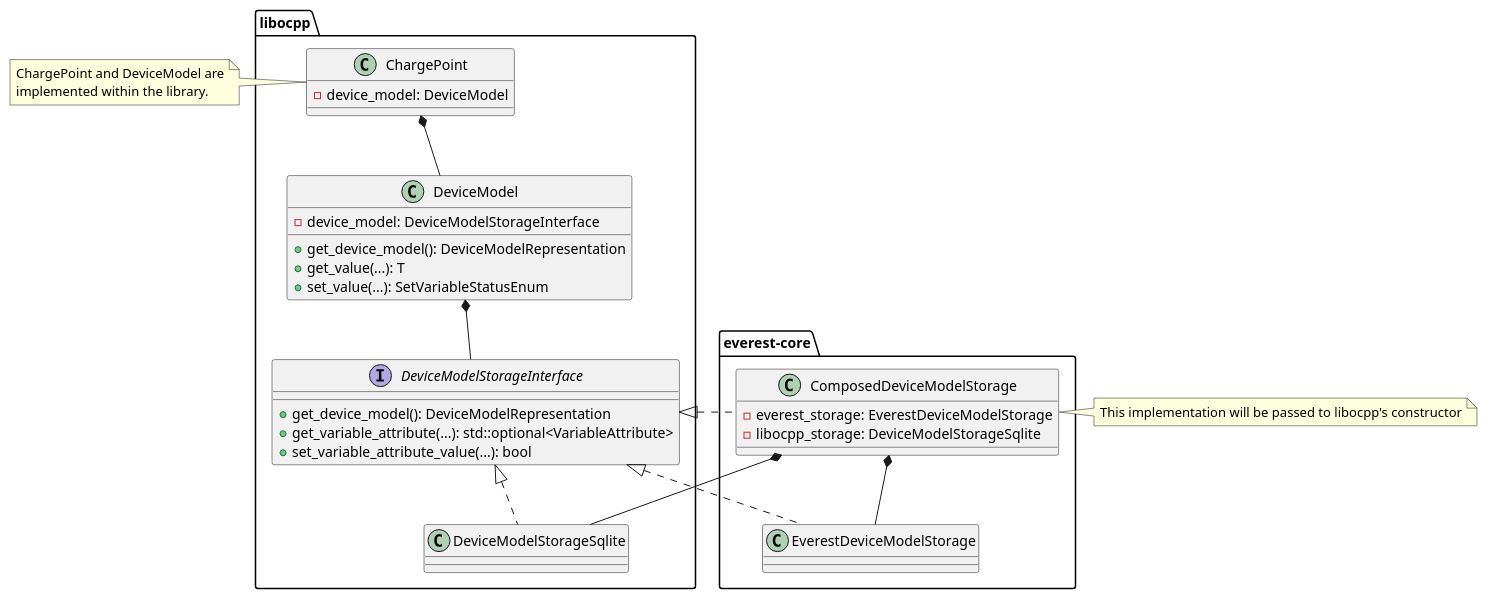
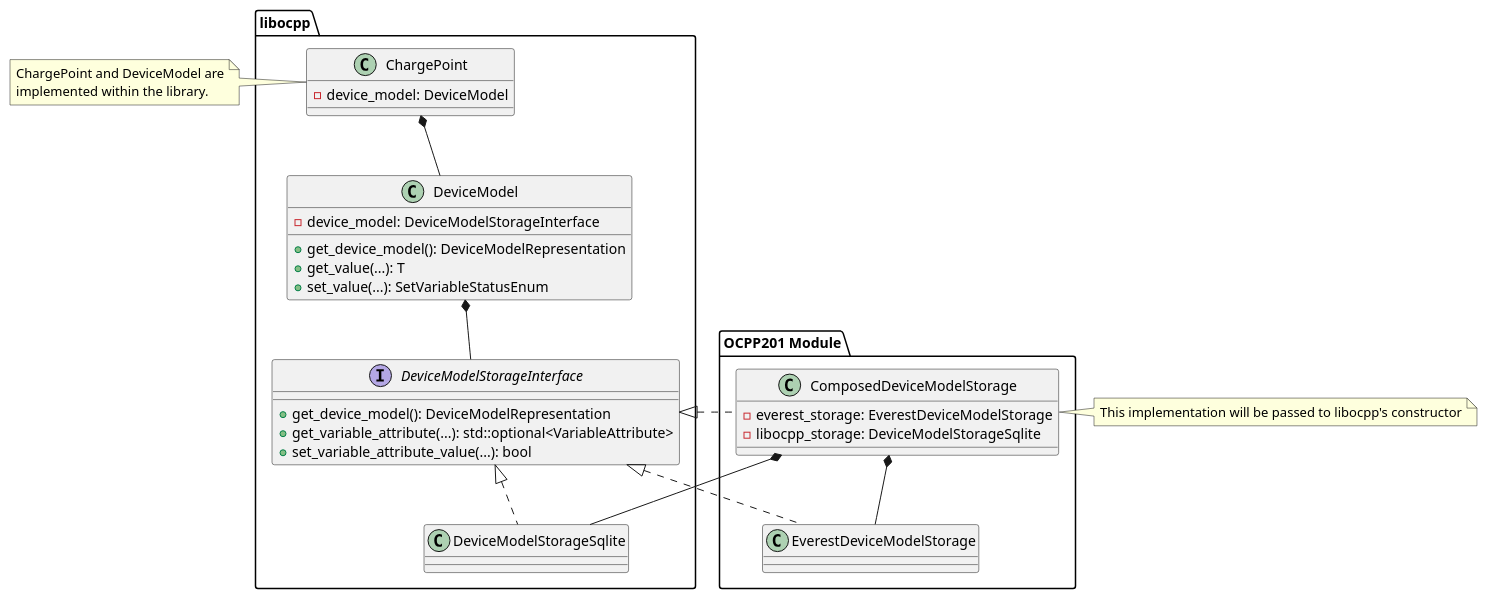
The diagram in everest-core/modules/EVSE/OCPP201/docs/images/device_model_class_diagram.puml (seohyun-k/EVIDS-ing), drawn with PlantUML before and after one commit. The commit also changed 6304 other files, not shown here.

Commit message:
Reset everest-core to clean official version

```diff
--- a/everest-core/modules/EVSE/OCPP201/docs/images/device_model_class_diagram.puml
+++ b/everest-core/modules/EVSE/OCPP201/docs/images/device_model_class_diagram.puml
@@ -1,49 +1,49 @@
 @startuml
 
 package libocpp {
 
 class ChargePoint {
   - device_model: DeviceModel
 }
 
 class DeviceModel {
   - device_model: DeviceModelStorageInterface
   + get_device_model(): DeviceModelRepresentation
   + get_value(...): T
   + set_value(...): SetVariableStatusEnum
 }
 
 interface DeviceModelStorageInterface {
   + get_device_model(): DeviceModelRepresentation
   + get_variable_attribute(...): std::optional<VariableAttribute>
   + set_variable_attribute_value(...): bool
 }
 
 class DeviceModelStorageSqlite implements DeviceModelStorageInterface
 
 }
 
-package everest-core {
+package "OCPP201 Module" {
 
 class EverestDeviceModelStorage implements libocpp.DeviceModelStorageInterface
 class ComposedDeviceModelStorage implements libocpp.DeviceModelStorageInterface {
     - everest_storage: EverestDeviceModelStorage
     - libocpp_storage: DeviceModelStorageSqlite
 }
 }
 
 note left of ChargePoint
   ChargePoint and DeviceModel are
   implemented within the library.
 end note
 
 note right of ComposedDeviceModelStorage
     This implementation will be passed to libocpp's constructor
 end note
 
 ChargePoint *-- DeviceModel
 DeviceModel *-- DeviceModelStorageInterface
 ComposedDeviceModelStorage *-- EverestDeviceModelStorage
 ComposedDeviceModelStorage *-- DeviceModelStorageSqlite
 
 @enduml
```
